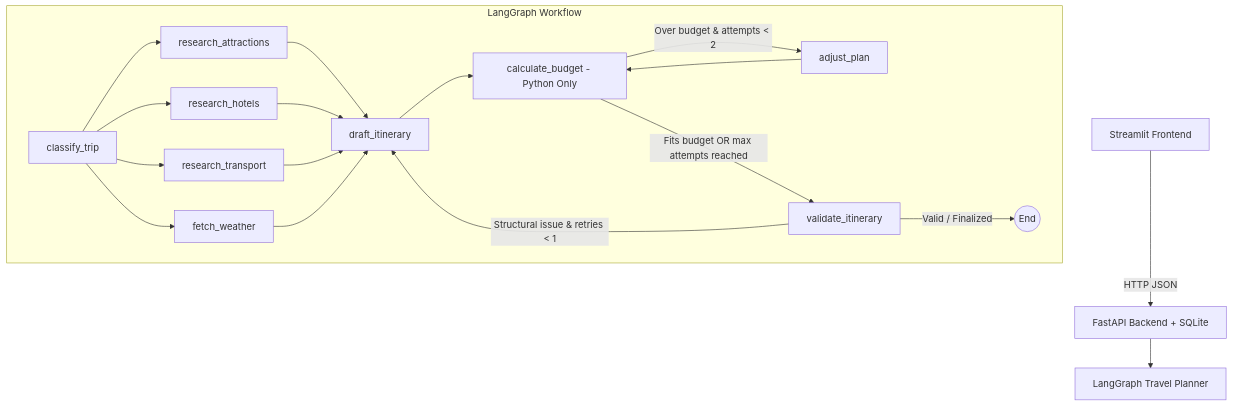
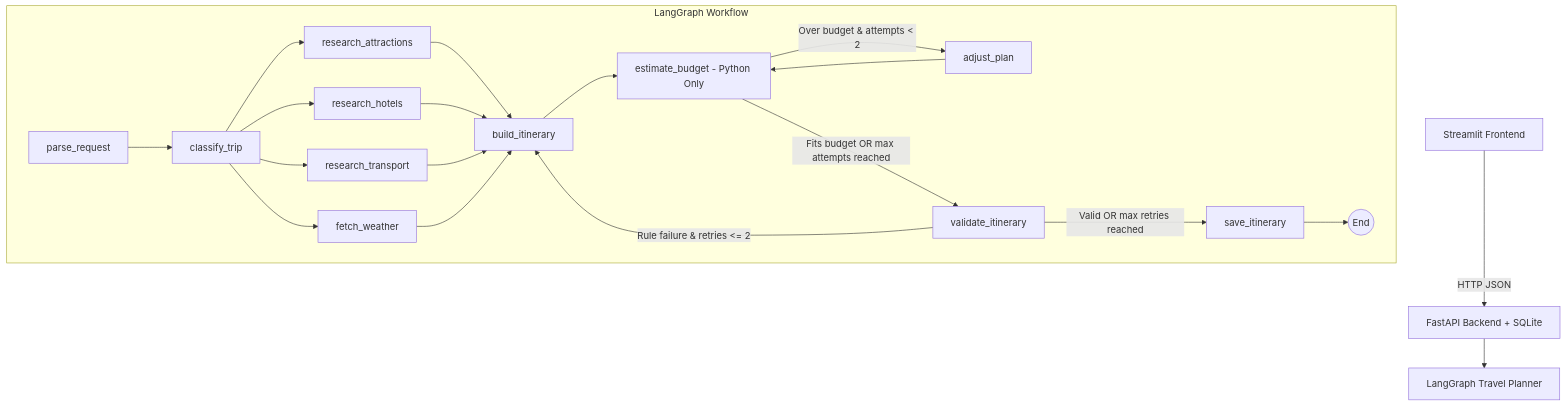
Before and after one commit to sandeepbellala1607-sys/AI_Travel_Planning_Agent: the diagram in docs/ARCHITECTURE.md, drawn with Mermaid. The commit also changed other lines of this file and 22 other files, not shown here.

````diff
--- a/docs/ARCHITECTURE.md
+++ b/docs/ARCHITECTURE.md
@@ -79,24 +85,26 @@
 ```mermaid
 flowchart TD
     UI[Streamlit Frontend] -->|HTTP JSON| API[FastAPI Backend + SQLite]
     API --> LG[LangGraph Travel Planner]
 
     subgraph LangGraph Workflow
-        C[classify_trip] --> RA[research_attractions]
+        PR[parse_request] --> C[classify_trip]
+        C --> RA[research_attractions]
         C --> RH[research_hotels]
         C --> RT[research_transport]
         C --> FW[fetch_weather]
 
-        RA --> DI[draft_itinerary]
-        RH --> DI
-        RT --> DI
-        FW --> DI
+        RA --> BI[build_itinerary]
+        RH --> BI
+        RT --> BI
+        FW --> BI
 
-        DI --> CB[calculate_budget - Python Only]
-        CB -->|Over budget & attempts < 2| AP[adjust_plan]
-        AP --> CB
-        CB -->|Fits budget OR max attempts reached| VI[validate_itinerary]
-        VI -->|Structural issue & retries < 1| DI
-        VI -->|Valid / Finalized| END((End))
+        BI --> EB[estimate_budget - Python Only]
+        EB -->|Over budget & attempts < 2| AP[adjust_plan]
+        AP --> EB
+        EB -->|Fits budget OR max attempts reached| VI[validate_itinerary]
+        VI -->|Rule failure & retries <= 2| BI
+        VI -->|Valid OR max retries reached| SV[save_itinerary]
+        SV --> END((End))
     end
 ```
````
